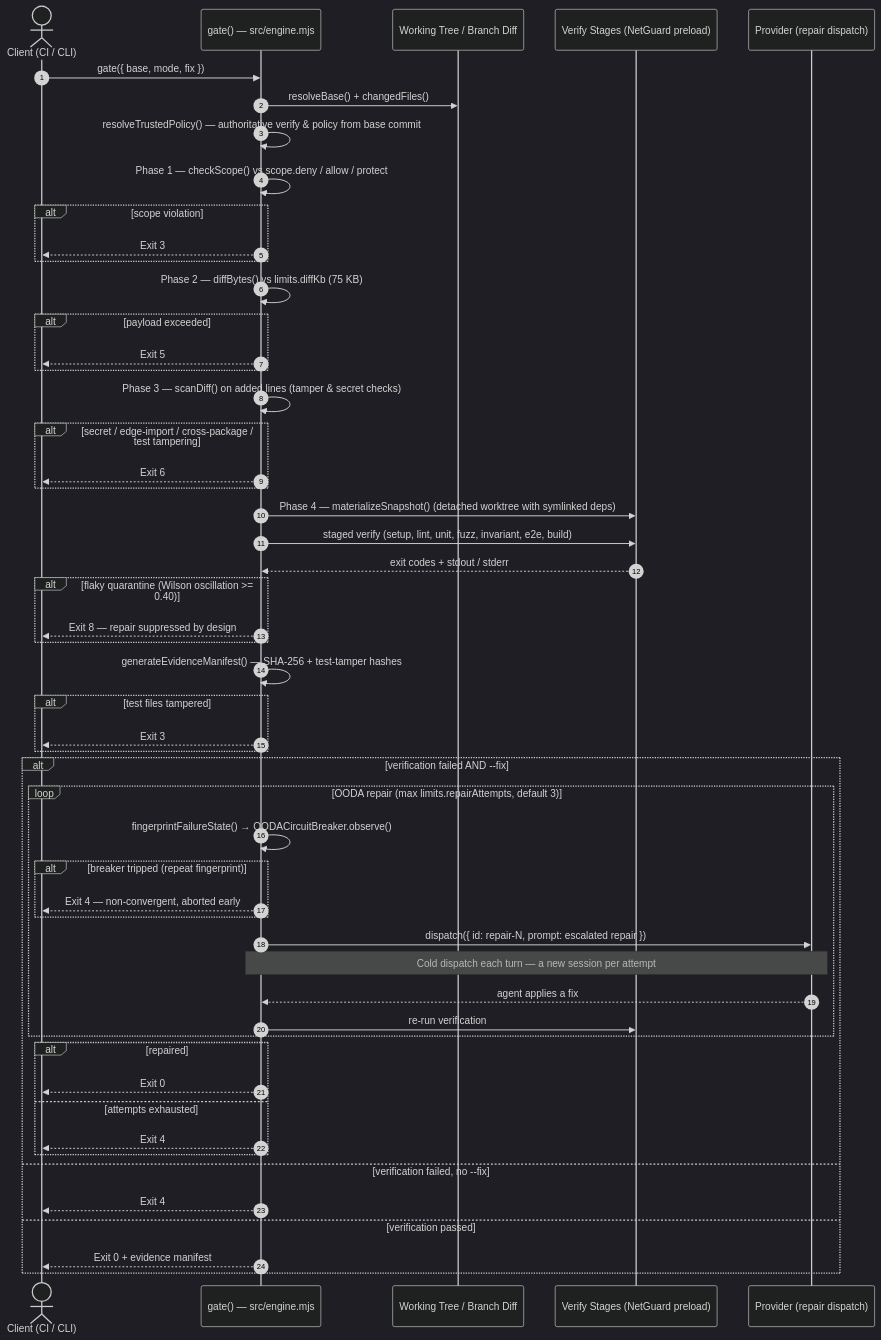
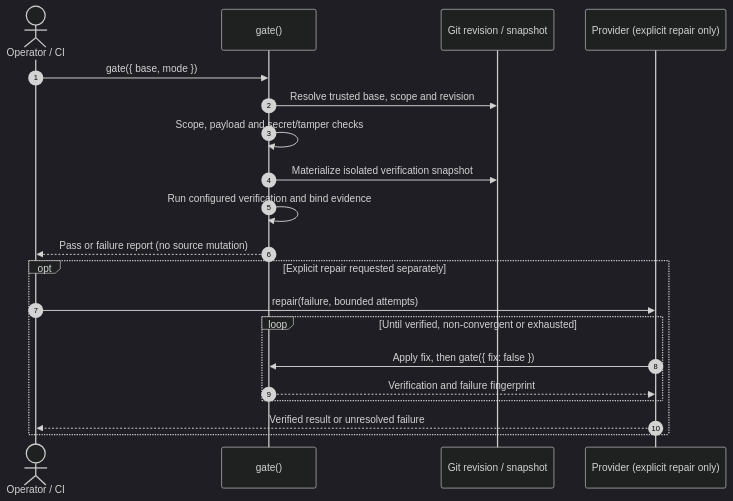
Before and after one commit to FullThrottle83/jules-orchestrator-kit: the second of 3 diagrams in docs/architecture.md, drawn with Mermaid (dark theme). The commit also changed other lines of this file and 8 other files, not shown here.

First line of the commit message:
fix(dispatch): require explicit goal evidence before skipping work (#69)

````diff
--- a/docs/architecture.md
+++ b/docs/architecture.md
@@ -93,62 +96,22 @@
 ```mermaid
 sequenceDiagram
     autonumber
-    actor CI as Client (CI / CLI)
-    participant Gate as gate() — src/engine.mjs
-    participant Tree as Working Tree / Branch Diff
-    participant Sandbox as Verify Stages (NetGuard preload)
-    participant Prov as Provider (repair dispatch)
-
-    CI->>Gate: gate({ base, mode, fix })
-    Gate->>Tree: resolveBase() + changedFiles()
-    Gate->>Gate: resolveTrustedPolicy() — authoritative verify & policy from base commit
-
-    Gate->>Gate: Phase 1 — checkScope() vs scope.deny / allow / protect
-    alt scope violation
-        Gate-->>CI: Exit 3
-    end
-
-    Gate->>Gate: Phase 2 — diffBytes() vs limits.diffKb (75 KB)
-    alt payload exceeded
-        Gate-->>CI: Exit 5
-    end
-
-    Gate->>Gate: Phase 3 — scanDiff() on added lines (tamper & secret checks)
-    alt secret / edge-import / cross-package / test tampering
-        Gate-->>CI: Exit 6
-    end
-
-    Gate->>Sandbox: Phase 4 — materializeSnapshot() (detached worktree with symlinked deps)
-    Gate->>Sandbox: staged verify (setup, lint, unit, fuzz, invariant, e2e, build)
-    Sandbox-->>Gate: exit codes + stdout / stderr
-    alt flaky quarantine (Wilson oscillation >= 0.40)
-        Gate-->>CI: Exit 8 — repair suppressed by design
-    end
-
-    Gate->>Gate: generateEvidenceManifest() — SHA-256 + test-tamper hashes
-    alt test files tampered
-        Gate-->>CI: Exit 3
-    end
-
-    alt verification failed AND --fix
-        loop OODA repair (max limits.repairAttempts, default 3)
-            Gate->>Gate: fingerprintFailureState() → OODACircuitBreaker.observe()
-            alt breaker tripped (repeat fingerprint)
-                Gate-->>CI: Exit 4 — non-convergent, aborted early
-            end
-            Gate->>Prov: dispatch({ id: repair-N, prompt: escalated repair })
-            note over Gate,Prov: Cold dispatch each turn — a new session per attempt
-            Prov-->>Gate: agent applies a fix
-            Gate->>Sandbox: re-run verification
+    actor Operator as Operator / CI
+    participant Gate as gate()
+    participant Tree as Git revision / snapshot
+    participant Provider as Provider (explicit repair only)
+    Operator->>Gate: gate({ base, mode })
+    Gate->>Tree: Resolve trusted base, scope and revision
+    Gate->>Gate: Scope, payload and secret/tamper checks
+    Gate->>Tree: Materialize isolated verification snapshot
+    Gate->>Gate: Run configured verification and bind evidence
+    Gate-->>Operator: Pass or failure report (no source mutation)
+    opt Explicit repair requested separately
+        Operator->>Provider: repair(failure, bounded attempts)
+        loop Until verified, non-convergent or exhausted
+            Provider->>Gate: Apply fix, then gate({ fix: false })
+            Gate-->>Provider: Verification and failure fingerprint
         end
-        alt repaired
-            Gate-->>CI: Exit 0
-        else attempts exhausted
-            Gate-->>CI: Exit 4
-        end
-    else verification failed, no --fix
-        Gate-->>CI: Exit 4
-    else verification passed
-        Gate-->>CI: Exit 0 + evidence manifest
+        Provider-->>Operator: Verified result or unresolved failure
     end
 ```
````
